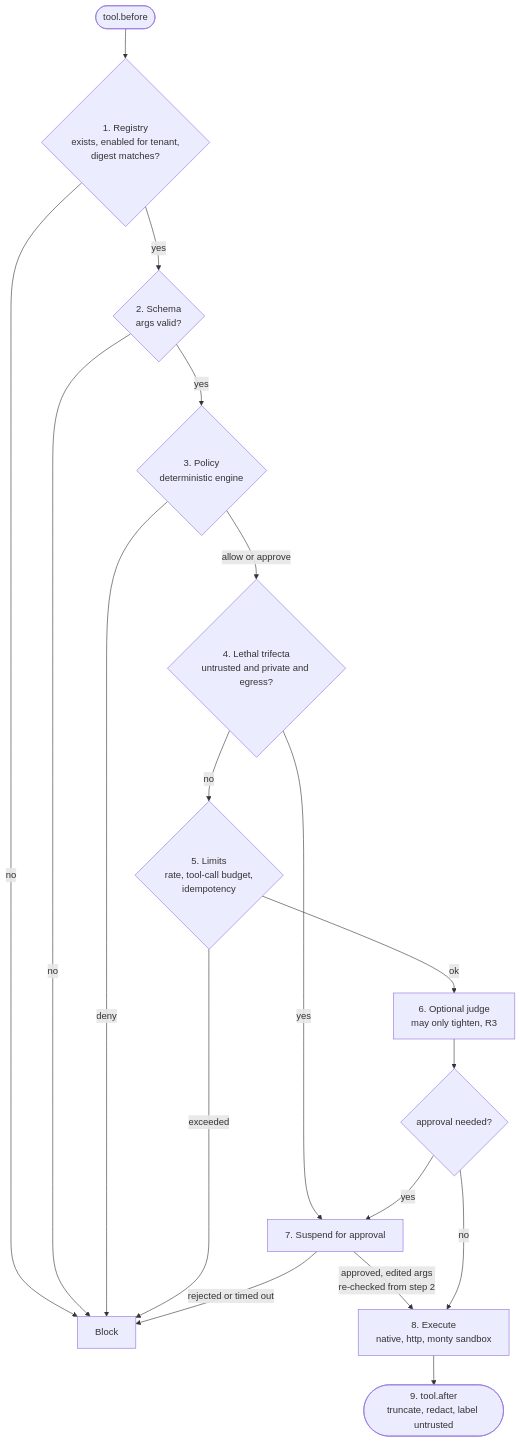
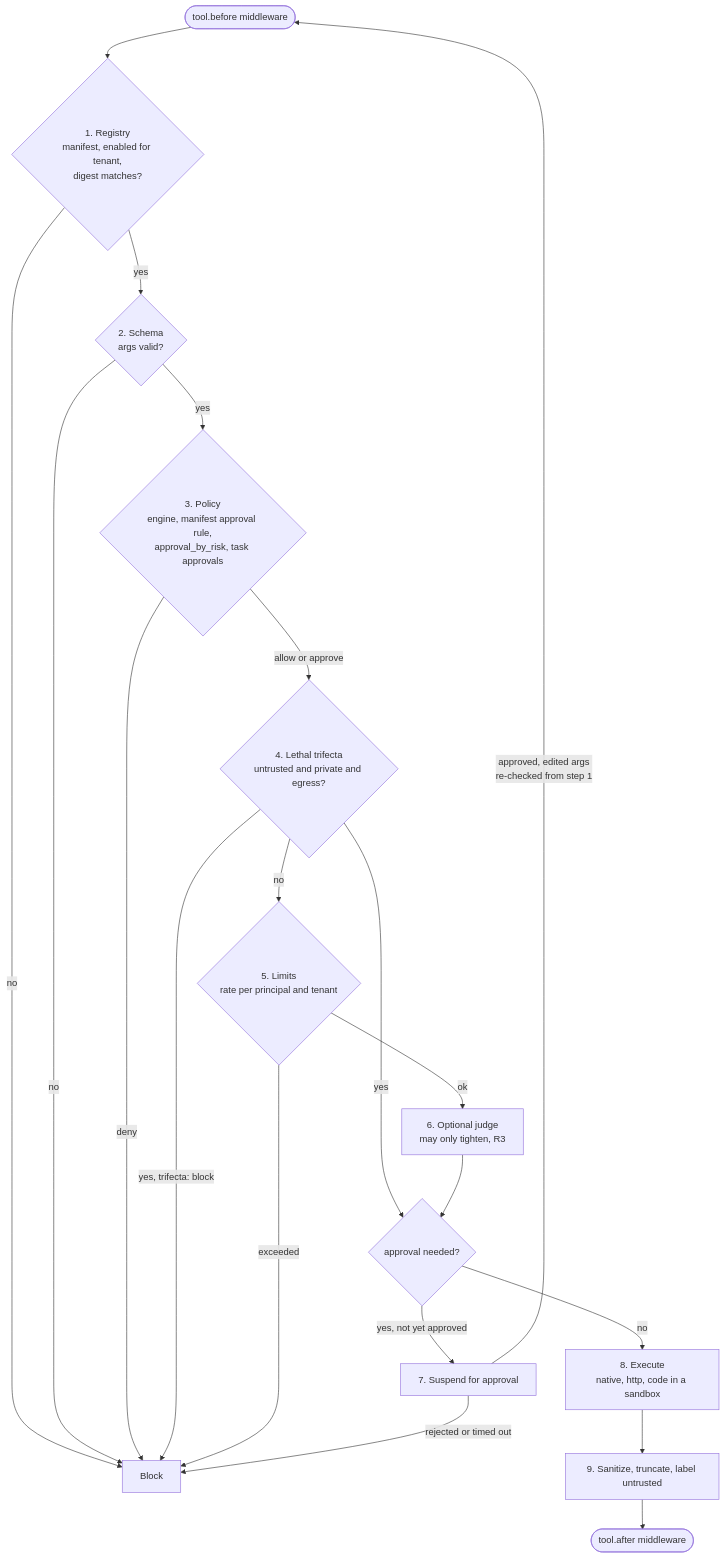
The tenth of 14 diagrams in DESIGNS.md (Nish459/HarnessWeaver), drawn with Mermaid before and after one commit. The commit also changed other lines of this file and 90 other files, not shown here.

First line of the commit message:
feat(governance): add policy, tool governance, approvals, cel and monty

````diff
--- a/DESIGNS.md
+++ b/DESIGNS.md
@@ -834,20 +841,22 @@
 ```mermaid
 flowchart TD
-    A([tool.before]) --> S1{1. Registry<br/>exists, enabled for tenant,<br/>digest matches?}
+    A([tool.before middleware]) --> S1{1. Registry<br/>manifest, enabled for tenant,<br/>digest matches?}
     S1 -- no --> BLK[Block]
     S1 -- yes --> S2{2. Schema<br/>args valid?}
     S2 -- no --> BLK
-    S2 -- yes --> S3{3. Policy<br/>deterministic engine}
+    S2 -- yes --> S3{3. Policy<br/>engine, manifest approval rule,<br/>approval_by_risk, task approvals}
     S3 -- deny --> BLK
     S3 -- "allow or approve" --> S4{4. Lethal trifecta<br/>untrusted and private and egress?}
-    S4 -- yes --> AP
-    S4 -- no --> S5{5. Limits<br/>rate, tool-call budget,<br/>idempotency}
+    S4 -- "yes, trifecta: block" --> BLK
+    S4 -- "yes" --> NEED
+    S4 -- no --> S5{5. Limits<br/>rate per principal and tenant}
     S5 -- exceeded --> BLK
     S5 -- ok --> S6[6. Optional judge<br/>may only tighten, R3]
     S6 --> NEED{approval needed?}
-    NEED -- yes --> AP[7. Suspend for approval]
-    AP -- "approved, edited args<br/>re-checked from step 2" --> S8
+    NEED -- "yes, not yet approved" --> AP[7. Suspend for approval]
+    AP -- "approved, edited args<br/>re-checked from step 1" --> A
     AP -- "rejected or timed out" --> BLK
-    NEED -- no --> S8[8. Execute<br/>native, http, monty sandbox]
-    S8 --> S9([9. tool.after<br/>truncate, redact, label untrusted])
+    NEED -- no --> S8[8. Execute<br/>native, http, code in a sandbox]
+    S8 --> S9[9. Sanitize, truncate, label untrusted]
+    S9 --> Z([tool.after middleware])
 ```
````
